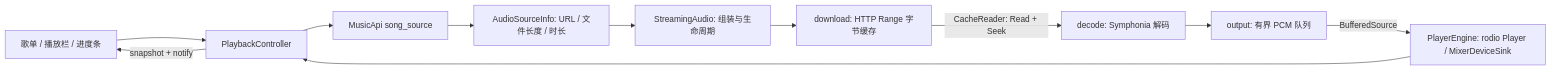
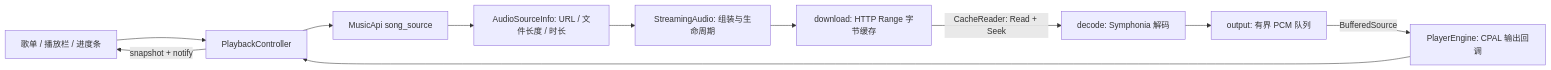
Before and after one commit to AMagicPear/netease-music-gpui: the diagram in docs/architecture.md, drawn with Mermaid. The commit also changed other lines of this file and 9 other files, not shown here.

````diff
--- a/docs/architecture.md
+++ b/docs/architecture.md
@@ -68,13 +68,13 @@
 ```mermaid
 flowchart LR
     UI[歌单 / 播放栏 / 进度条] --> C[PlaybackController]
     C --> API[MusicApi song_source]
     API --> I[AudioSourceInfo: URL / 文件长度 / 时长]
     I --> S[StreamingAudio: 组装与生命周期]
     S --> D[download: HTTP Range 字节缓存]
     D -->|CacheReader: Read + Seek| F[decode: Symphonia 解码]
     F --> P[output: 有界 PCM 队列]
-    P -->|BufferedSource| E[PlayerEngine: rodio Player / MixerDeviceSink]
+    P -->|BufferedSource| E[PlayerEngine: CPAL 输出回调]
     E --> C
     C -->|snapshot + notify| UI
 ```
````
